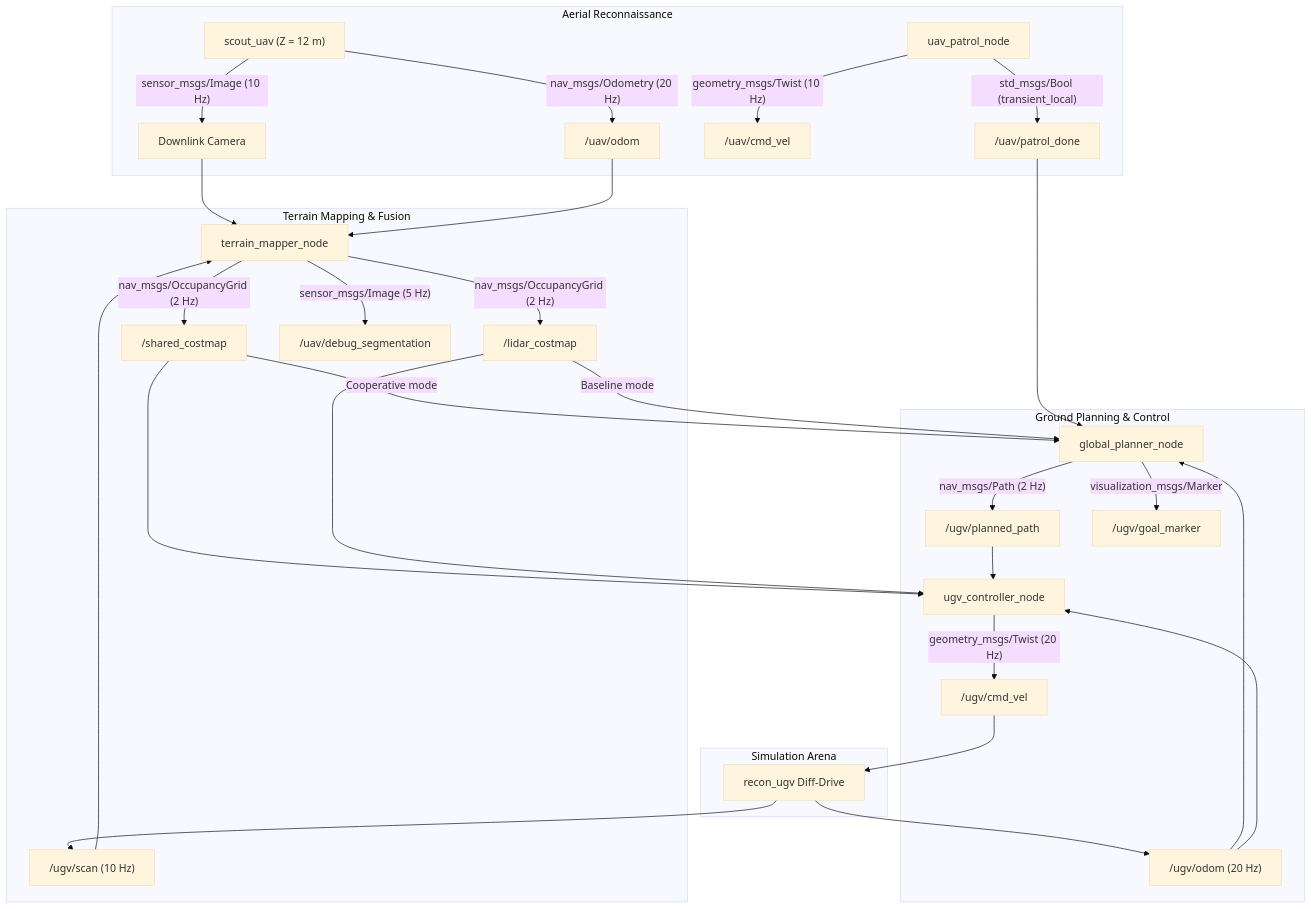
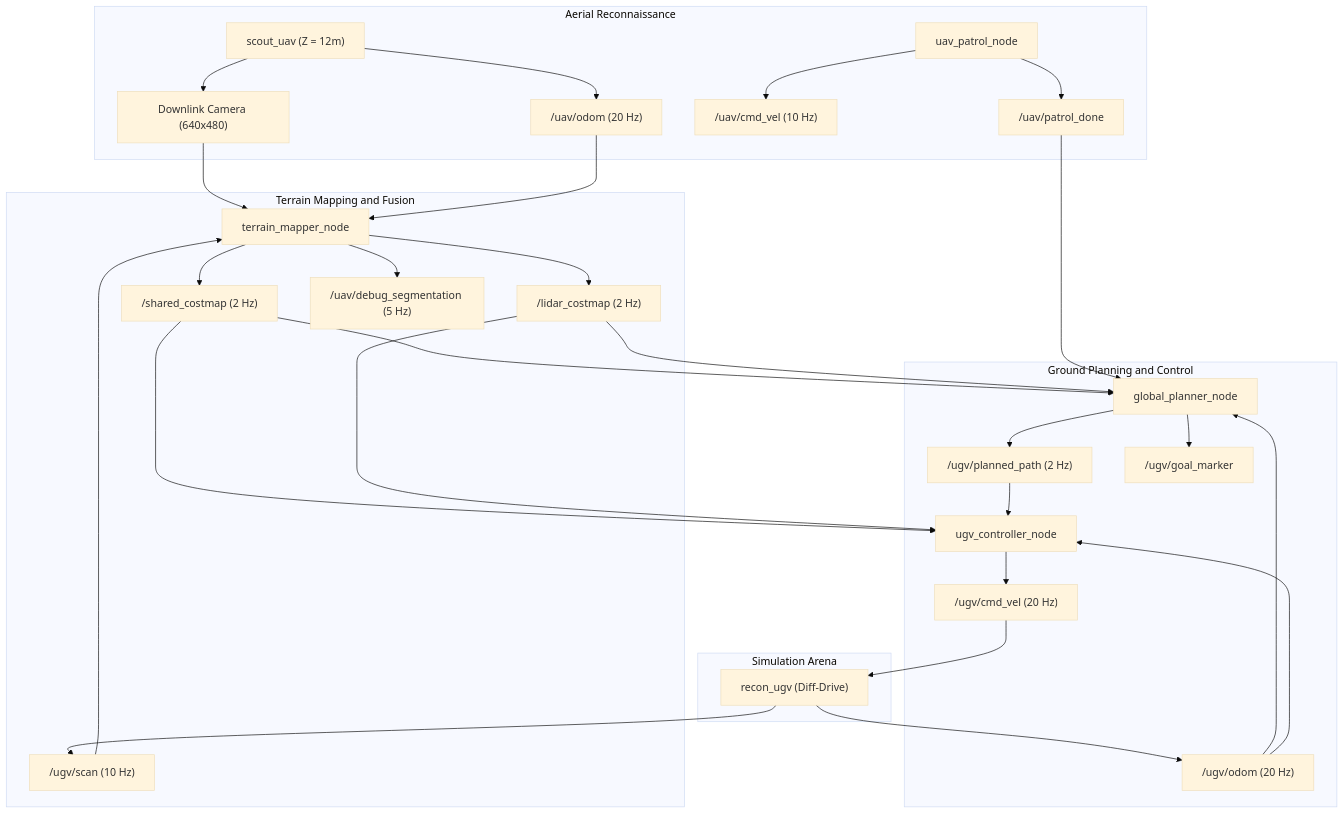
Before and after one commit to fjwkFuryAnoy/Swarm-Project: the diagram in README.md, drawn with Mermaid (base theme). The commit also changed other lines of this file, not shown here.

Commit message:
docs: fix Mermaid diagram syntax and KaTeX math formatting in README

````diff
--- a/README.md
+++ b/README.md
@@ -28,39 +28,39 @@
 ```mermaid
 flowchart TD
     subgraph Aerial Reconnaissance
-        UAV["scout_uav (Z = 12 m)"] -->|"sensor_msgs/Image (10 Hz)"| CAM["Downlink Camera"]
-        UAV -->|"nav_msgs/Odometry (20 Hz)"| UAV_ODOM["/uav/odom"]
-        PATROL["uav_patrol_node"] -->|"geometry_msgs/Twist (10 Hz)"| UAV_CMD["/uav/cmd_vel"]
-        PATROL -->|"std_msgs/Bool (transient_local)"| DONE["/uav/patrol_done"]
+        UAV["scout_uav (Z = 12m)"] --> CAM["Downlink Camera (640x480)"]
+        UAV --> UAV_ODOM["/uav/odom (20 Hz)"]
+        PATROL["uav_patrol_node"] --> UAV_CMD["/uav/cmd_vel (10 Hz)"]
+        PATROL --> DONE["/uav/patrol_done"]
     end
 
-    subgraph Terrain Mapping & Fusion
+    subgraph Terrain Mapping and Fusion
         CAM --> MAPPER["terrain_mapper_node"]
         UAV_ODOM --> MAPPER
         UGV_SCAN["/ugv/scan (10 Hz)"] --> MAPPER
-        MAPPER -->|"nav_msgs/OccupancyGrid (2 Hz)"| SHARED_MAP["/shared_costmap"]
-        MAPPER -->|"nav_msgs/OccupancyGrid (2 Hz)"| LIDAR_MAP["/lidar_costmap"]
-        MAPPER -->|"sensor_msgs/Image (5 Hz)"| DEBUG_IMG["/uav/debug_segmentation"]
+        MAPPER --> SHARED_MAP["/shared_costmap (2 Hz)"]
+        MAPPER --> LIDAR_MAP["/lidar_costmap (2 Hz)"]
+        MAPPER --> DEBUG_IMG["/uav/debug_segmentation (5 Hz)"]
     end
 
-    subgraph Ground Planning & Control
+    subgraph Ground Planning and Control
         DONE --> PLANNER["global_planner_node"]
-        SHARED_MAP -->|"Cooperative mode"| PLANNER
-        LIDAR_MAP -->|"Baseline mode"| PLANNER
+        SHARED_MAP --> PLANNER
+        LIDAR_MAP --> PLANNER
         UGV_ODOM["/ugv/odom (20 Hz)"] --> PLANNER
-        PLANNER -->|"nav_msgs/Path (2 Hz)"| PATH["/ugv/planned_path"]
-        PLANNER -->|"visualization_msgs/Marker"| GOAL_MARKER["/ugv/goal_marker"]
+        PLANNER --> PATH["/ugv/planned_path (2 Hz)"]
+        PLANNER --> GOAL_MARKER["/ugv/goal_marker"]
 
         PATH --> CTRL["ugv_controller_node"]
         SHARED_MAP --> CTRL
         LIDAR_MAP --> CTRL
         UGV_ODOM --> CTRL
-        CTRL -->|"geometry_msgs/Twist (20 Hz)"| UGV_CMD["/ugv/cmd_vel"]
+        CTRL --> UGV_CMD["/ugv/cmd_vel (20 Hz)"]
     end
 
     subgraph Simulation Arena
-        UGV_CMD --> UGV["recon_ugv Diff-Drive"]
+        UGV_CMD --> UGV["recon_ugv (Diff-Drive)"]
         UGV --> UGV_SCAN
         UGV --> UGV_ODOM
     end
 ```
````
